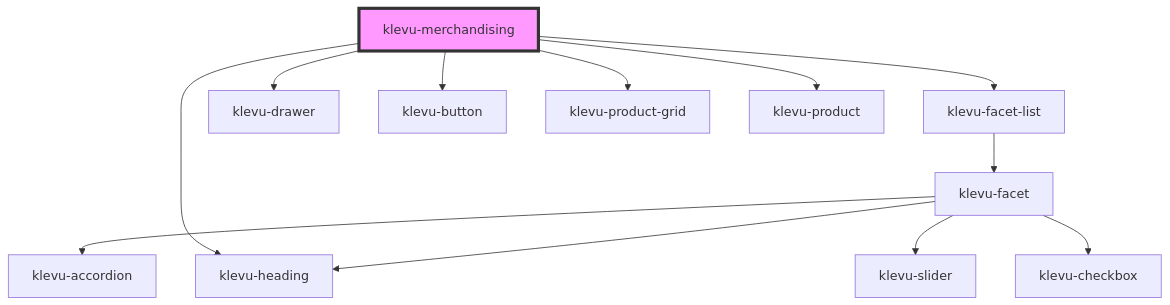
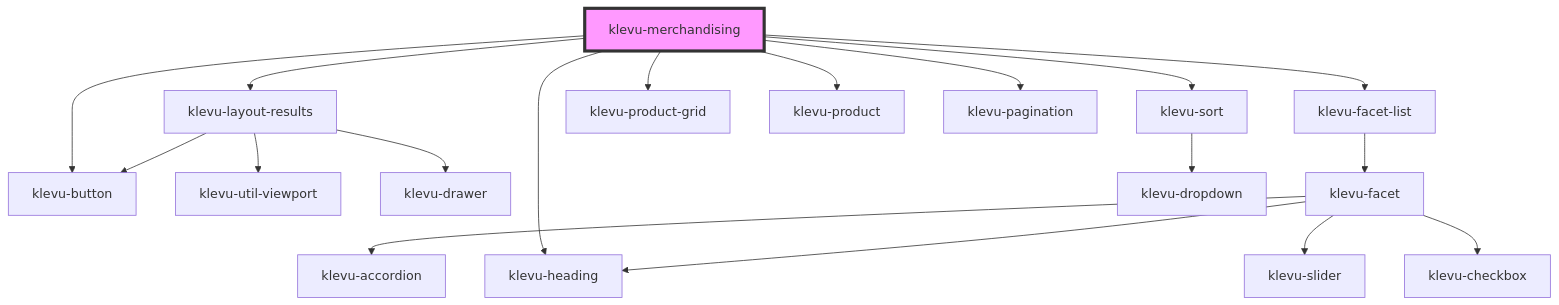
One commit to klevultd/frontend-sdk changed the diagram in packages/klevu-ui/src/components/klevu-merchandising/readme.md. Above: the diagram before and after it, drawn with Mermaid. The commit also changed other lines of this file and 28 other files, not shown here.

````diff
--- a/packages/klevu-ui/src/components/klevu-merchandising/readme.md
+++ b/packages/klevu-ui/src/components/klevu-merchandising/readme.md
@@ -31,15 +34,21 @@
 ```mermaid
 graph TD;
+  klevu-merchandising --> klevu-layout-results
   klevu-merchandising --> klevu-facet-list
   klevu-merchandising --> klevu-heading
-  klevu-merchandising --> klevu-drawer
-  klevu-merchandising --> klevu-button
+  klevu-merchandising --> klevu-sort
   klevu-merchandising --> klevu-product-grid
   klevu-merchandising --> klevu-product
+  klevu-merchandising --> klevu-pagination
+  klevu-merchandising --> klevu-button
+  klevu-layout-results --> klevu-util-viewport
+  klevu-layout-results --> klevu-drawer
+  klevu-layout-results --> klevu-button
   klevu-facet-list --> klevu-facet
   klevu-facet --> klevu-accordion
   klevu-facet --> klevu-heading
   klevu-facet --> klevu-slider
   klevu-facet --> klevu-checkbox
+  klevu-sort --> klevu-dropdown
   style klevu-merchandising fill:#f9f,stroke:#333,stroke-width:4px
 ```
````
